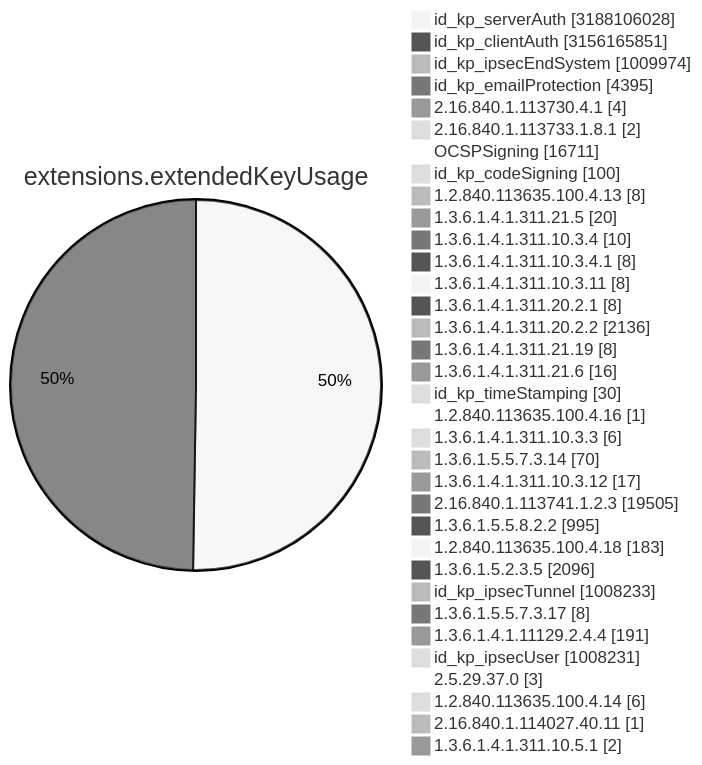
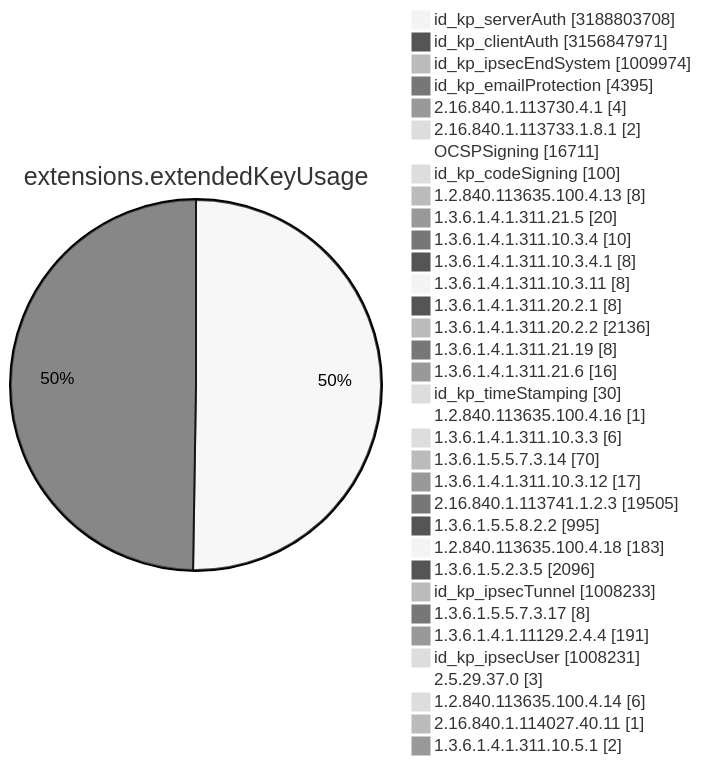
One commit to christiankrug/ctmonitor_visualization changed diagram 11 of 15 in TOTAL/README.md. Above: the diagram before and after it, drawn with Mermaid (neutral theme). The commit also changed other lines of this file, not shown here.

````diff
--- a/TOTAL/README.md
+++ b/TOTAL/README.md
@@ -4119,38 +4119,38 @@
 ```mermaid
 pie showData
 title extensions.extendedKeyUsage
-"id_kp_serverAuth" :3188106028
-"id_kp_clientAuth" :3156165851
+"id_kp_serverAuth" :3188803708
+"id_kp_clientAuth" :3156847971
 "id_kp_ipsecEndSystem" :1009974
 "id_kp_emailProtection" :4395
 "2.16.840.1.113730.4.1" :4
 "2.16.840.1.113733.1.8.1" :2
 "OCSPSigning" :16711
 "id_kp_codeSigning" :100
 "1.2.840.113635.100.4.13" :8
 "1.3.6.1.4.1.311.21.5" :20
 "1.3.6.1.4.1.311.10.3.4" :10
 "1.3.6.1.4.1.311.10.3.4.1" :8
 "1.3.6.1.4.1.311.10.3.11" :8
 "1.3.6.1.4.1.311.20.2.1" :8
 "1.3.6.1.4.1.311.20.2.2" :2136
 "1.3.6.1.4.1.311.21.19" :8
 "1.3.6.1.4.1.311.21.6" :16
 "id_kp_timeStamping" :30
 "1.2.840.113635.100.4.16" :1
 "1.3.6.1.4.1.311.10.3.3" :6
 "1.3.6.1.5.5.7.3.14" :70
 "1.3.6.1.4.1.311.10.3.12" :17
 "2.16.840.1.113741.1.2.3" :19505
 "1.3.6.1.5.5.8.2.2" :995
 "1.2.840.113635.100.4.18" :183
 "1.3.6.1.5.2.3.5" :2096
 "id_kp_ipsecTunnel" :1008233
 "1.3.6.1.5.5.7.3.17" :8
 "1.3.6.1.4.1.11129.2.4.4" :191
 "id_kp_ipsecUser" :1008231
 "2.5.29.37.0" :3
 "1.2.840.113635.100.4.14" :6
 "2.16.840.1.114027.40.11" :1
 "1.3.6.1.4.1.311.10.5.1" :2
 ```
````
